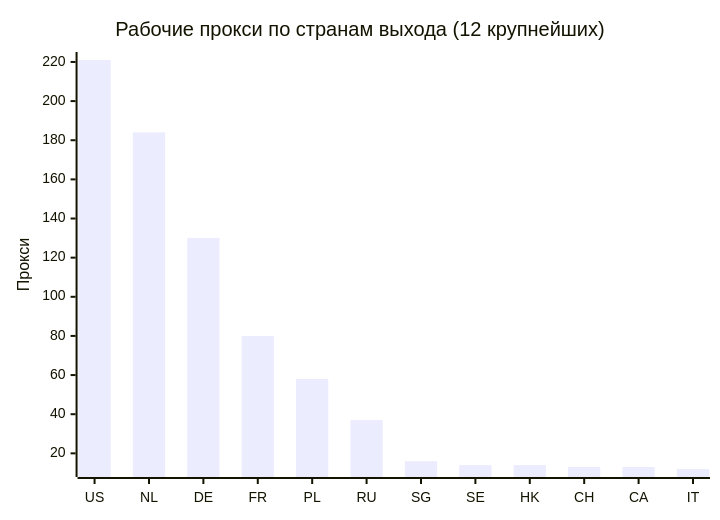
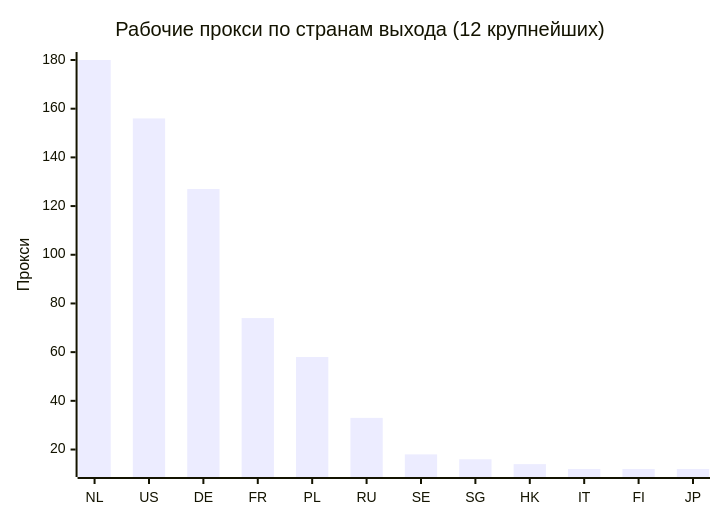
One commit to rvvg/proxy-subs changed the second of 4 diagrams in README.md. Above: the diagram before and after it, drawn with Mermaid. The commit also changed other lines of this file and 47 other files, not shown here.

````diff
--- a/README.md
+++ b/README.md
@@ -128,7 +129,7 @@
 ```mermaid
 xychart-beta
     title "Рабочие прокси по странам выхода (12 крупнейших)"
-    x-axis ["US", "NL", "DE", "FR", "PL", "RU", "SG", "SE", "HK", "CH", "CA", "IT"]
+    x-axis ["NL", "US", "DE", "FR", "PL", "RU", "SE", "SG", "HK", "IT", "FI", "JP"]
     y-axis "Прокси"
-    bar [221, 184, 130, 80, 58, 37, 16, 14, 14, 13, 13, 12]
+    bar [180, 156, 127, 74, 58, 33, 18, 16, 14, 12, 12, 12]
 ```
````
